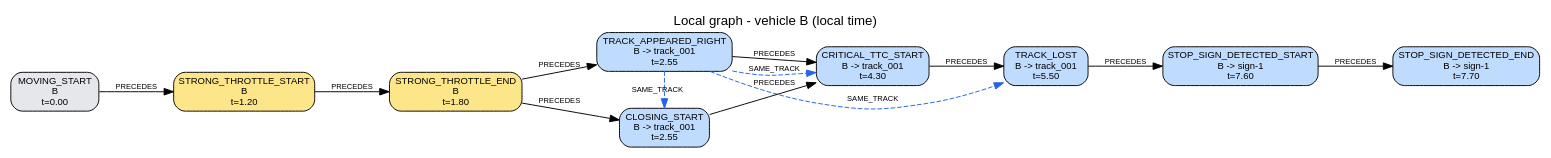
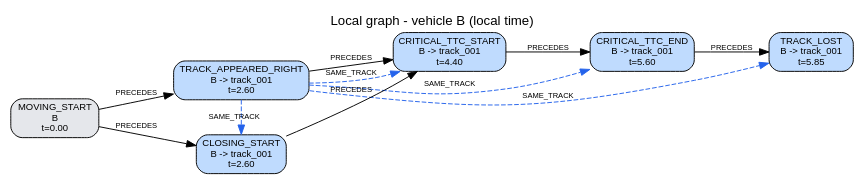
One commit to AndreaBedei1/causaldrive-forensics changed the diagram in traces/S10/run_0_stops_then_proceeds/reconstruction/B/local_graph.dot. Above: the diagram before and after it, drawn with Graphviz. The commit also changed 1263 other files, not shown here.

```diff
--- a/traces/S10/run_0_stops_then_proceeds/reconstruction/B/local_graph.dot
+++ b/traces/S10/run_0_stops_then_proceeds/reconstruction/B/local_graph.dot
@@ -1,27 +1,22 @@
 digraph "local_B" {
   graph [rankdir=LR, labelloc=t, fontname=Helvetica, label="Local graph - vehicle B (local time)"];
   node [shape=box, style="rounded,filled", fontname=Helvetica, fontsize=10];
   edge [fontname=Helvetica, fontsize=8];
   "B:e01" [label="MOVING_START\nB\nt=0.00", fillcolor="#e5e7eb"];
-  "B:e02" [label="STRONG_THROTTLE_START\nB\nt=1.20", fillcolor="#fde68a"];
-  "B:e03" [label="STRONG_THROTTLE_END\nB\nt=1.80", fillcolor="#fde68a"];
-  "B:e04" [label="TRACK_APPEARED_RIGHT\nB -> track_001\nt=2.55", fillcolor="#bfdbfe"];
-  "B:e05" [label="CLOSING_START\nB -> track_001\nt=2.55", fillcolor="#bfdbfe"];
-  "B:e06" [label="CRITICAL_TTC_START\nB -> track_001\nt=4.30", fillcolor="#bfdbfe"];
-  "B:e07" [label="TRACK_LOST\nB -> track_001\nt=5.50", fillcolor="#bfdbfe"];
-  "B:e08" [label="STOP_SIGN_DETECTED_START\nB -> sign-1\nt=7.60", fillcolor="#bfdbfe"];
-  "B:e09" [label="STOP_SIGN_DETECTED_END\nB -> sign-1\nt=7.70", fillcolor="#bfdbfe"];
-  {rank=same; "B:e04"; "B:e05";}
+  "B:e02" [label="TRACK_APPEARED_RIGHT\nB -> track_001\nt=2.60", fillcolor="#bfdbfe"];
+  "B:e03" [label="CLOSING_START\nB -> track_001\nt=2.60", fillcolor="#bfdbfe"];
+  "B:e04" [label="CRITICAL_TTC_START\nB -> track_001\nt=4.40", fillcolor="#bfdbfe"];
+  "B:e05" [label="CRITICAL_TTC_END\nB -> track_001\nt=5.60", fillcolor="#bfdbfe"];
+  "B:e06" [label="TRACK_LOST\nB -> track_001\nt=5.85", fillcolor="#bfdbfe"];
+  {rank=same; "B:e02"; "B:e03";}
   "B:e01" -> "B:e02" [label="PRECEDES"];
-  "B:e02" -> "B:e03" [label="PRECEDES"];
+  "B:e01" -> "B:e03" [label="PRECEDES"];
+  "B:e02" -> "B:e04" [label="PRECEDES"];
   "B:e03" -> "B:e04" [label="PRECEDES"];
-  "B:e03" -> "B:e05" [label="PRECEDES"];
-  "B:e04" -> "B:e06" [label="PRECEDES"];
+  "B:e04" -> "B:e05" [label="PRECEDES"];
   "B:e05" -> "B:e06" [label="PRECEDES"];
-  "B:e06" -> "B:e07" [label="PRECEDES"];
-  "B:e07" -> "B:e08" [label="PRECEDES"];
-  "B:e08" -> "B:e09" [label="PRECEDES"];
-  "B:e04" -> "B:e05" [label="SAME_TRACK", style=dashed, color="#2563eb", constraint=false];
-  "B:e04" -> "B:e06" [label="SAME_TRACK", style=dashed, color="#2563eb", constraint=false];
-  "B:e04" -> "B:e07" [label="SAME_TRACK", style=dashed, color="#2563eb", constraint=false];
+  "B:e02" -> "B:e03" [label="SAME_TRACK", style=dashed, color="#2563eb", constraint=false];
+  "B:e02" -> "B:e04" [label="SAME_TRACK", style=dashed, color="#2563eb", constraint=false];
+  "B:e02" -> "B:e05" [label="SAME_TRACK", style=dashed, color="#2563eb", constraint=false];
+  "B:e02" -> "B:e06" [label="SAME_TRACK", style=dashed, color="#2563eb", constraint=false];
 }
```
